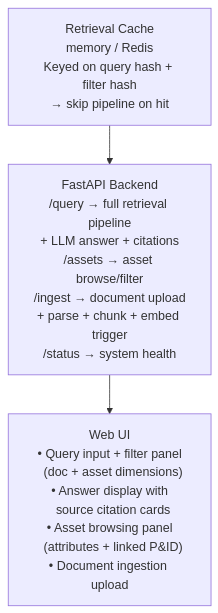
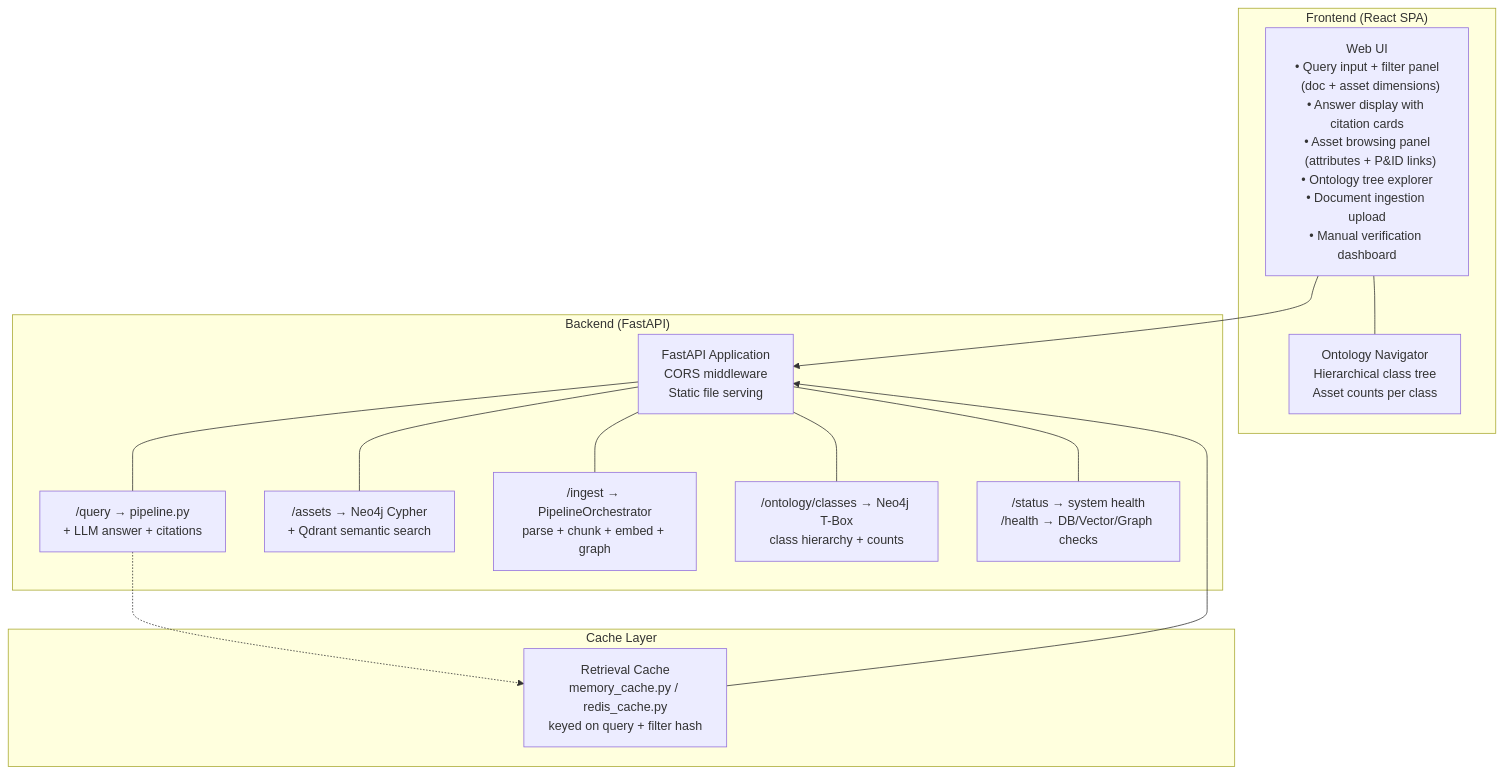
Before and after one commit to chinwarsoon/Engineering-and-Design: the diagram in eks/workplan/phase_5_ui_integration_workplan.md, drawn with Mermaid. The commit also changed other lines of this file and 27 other files, not shown here.

Commit message:
checking schema entity in progress

````diff
--- a/eks/workplan/phase_5_ui_integration_workplan.md
+++ b/eks/workplan/phase_5_ui_integration_workplan.md
@@ -200,10 +202,31 @@
 ```mermaid
 graph TB
-    CACHE["Retrieval Cache<br/>memory / Redis<br/>Keyed on query hash + filter hash<br/>→ skip pipeline on hit"]
+    subgraph "Frontend (React SPA)"
+        UI["Web UI<br/>• Query input + filter panel<br/>  (doc + asset dimensions)<br/>• Answer display with citation cards<br/>• Asset browsing panel<br/>  (attributes + P&ID links)<br/>• Ontology tree explorer<br/>• Document ingestion upload<br/>• Manual verification dashboard"]
+        ONT_NAV["Ontology Navigator<br/>Hierarchical class tree<br/>Asset counts per class"]
+        UI --- ONT_NAV
+    end
+
+    subgraph "Backend (FastAPI)"
+        API["FastAPI Application<br/>CORS middleware<br/>Static file serving"]
+        Q_EP["/query → pipeline.py<br/>+ LLM answer + citations"]
+        A_EP["/assets → Neo4j Cypher<br/>+ Qdrant semantic search"]
+        I_EP["/ingest → PipelineOrchestrator<br/>parse + chunk + embed + graph"]
+        O_EP["/ontology/classes → Neo4j T-Box<br/>class hierarchy + counts"]
+        S_EP["/status → system health<br/>/health → DB/Vector/Graph checks"]
+        API --- Q_EP
+        API --- A_EP
+        API --- I_EP
+        API --- O_EP
+        API --- S_EP
+    end
+
+    subgraph "Cache Layer"
+        CACHE["Retrieval Cache<br/>memory_cache.py / redis_cache.py<br/>keyed on query + filter hash"]
+    end
+
+    CACHE --> API
+    UI --> API
     
-    API["FastAPI Backend<br/>/query → full retrieval pipeline<br/>+ LLM answer + citations<br/>/assets → asset browse/filter<br/>/ingest → document upload<br/>+ parse + chunk + embed trigger<br/>/status → system health"]
-    
-    UI["Web UI<br/>• Query input + filter panel<br/>  (doc + asset dimensions)<br/>• Answer display with<br/>  source citation cards<br/>• Asset browsing panel<br/>  (attributes + linked P&ID)<br/>• Document ingestion upload"]
-    
-    CACHE --> API --> UI
+    Q_EP -.-> CACHE
 ```
````
